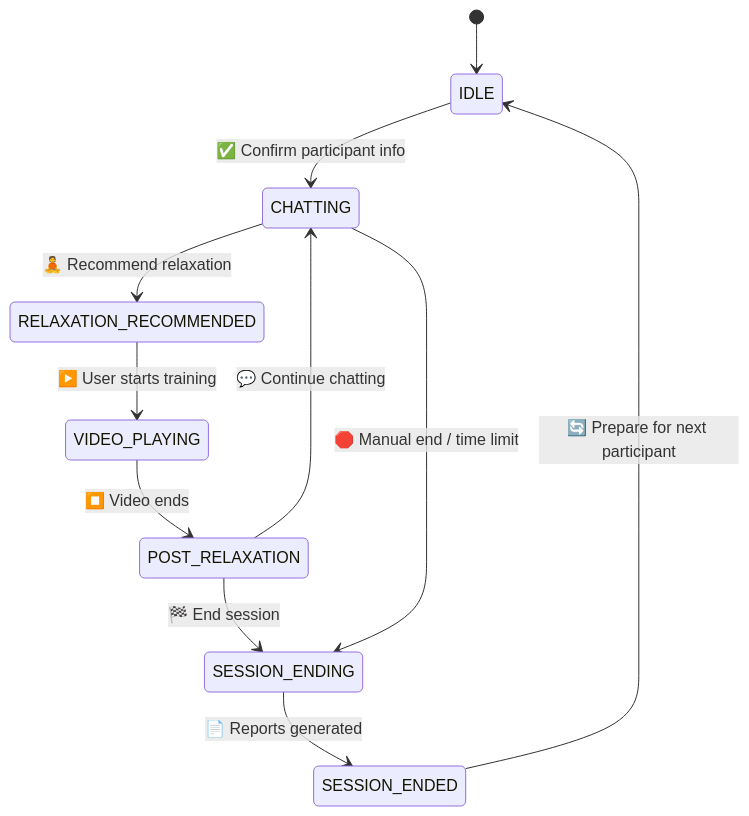
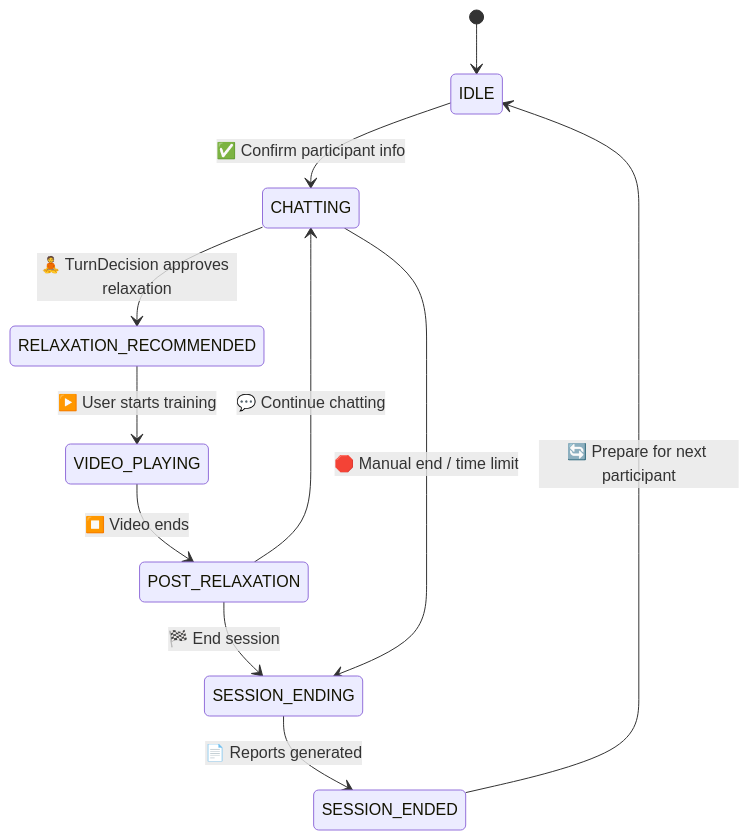
The fourth of 4 diagrams in README.md (jersery66/voicechat3), drawn with Mermaid before and after one commit. The commit also changed other lines of this file and 3 other files, not shown here.

Commit message:
docs: align validation-ready architecture

````diff
--- a/README.md
+++ b/README.md
@@ -717,13 +779,13 @@
 ```mermaid
 stateDiagram-v2
     [*] --> IDLE
     IDLE --> CHATTING: ✅ Confirm participant info
-    CHATTING --> RELAXATION_RECOMMENDED: 🧘 Recommend relaxation
+    CHATTING --> RELAXATION_RECOMMENDED: 🧘 TurnDecision approves relaxation
     RELAXATION_RECOMMENDED --> VIDEO_PLAYING: ▶️ User starts training
     VIDEO_PLAYING --> POST_RELAXATION: ⏹️ Video ends
     POST_RELAXATION --> CHATTING: 💬 Continue chatting
     POST_RELAXATION --> SESSION_ENDING: 🏁 End session
     CHATTING --> SESSION_ENDING: 🛑 Manual end / time limit
     SESSION_ENDING --> SESSION_ENDED: 📄 Reports generated
     SESSION_ENDED --> IDLE: 🔄 Prepare for next participant
 ```
````
